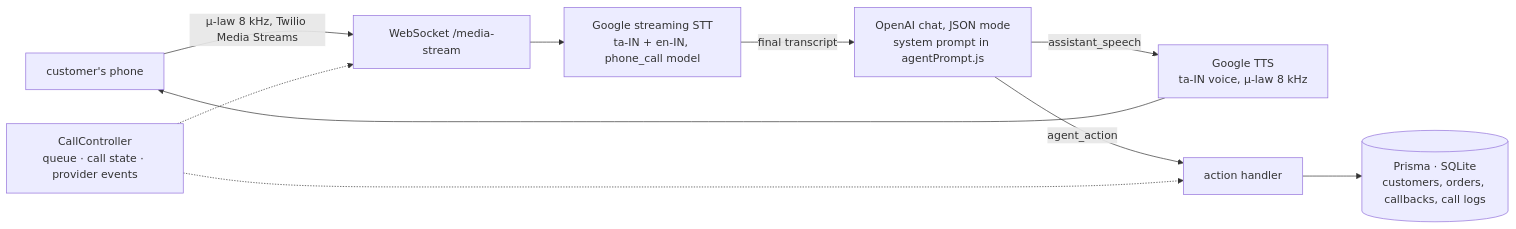
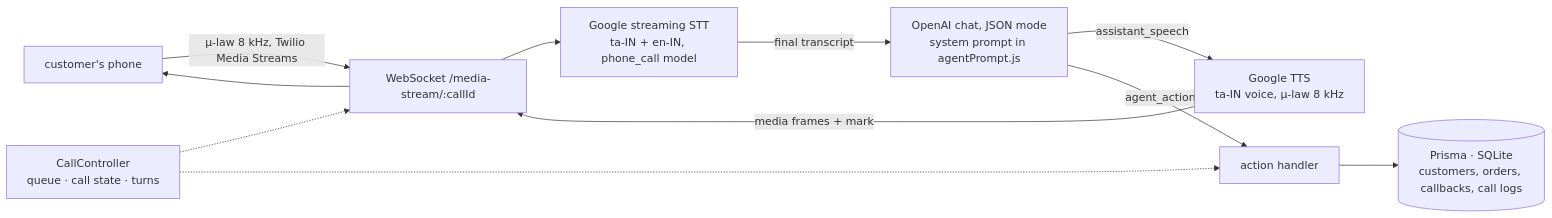
One commit to dakshinsiva/pharma-bot changed the diagram in README.md. Above: the diagram before and after it, drawn with Mermaid. The commit also changed other lines of this file and 1 other file, not shown here.

````diff
--- a/README.md
+++ b/README.md
@@ -35,12 +45,13 @@
 ```mermaid
 flowchart LR
-    P[customer's phone] -->|μ-law 8 kHz, Twilio Media Streams| WS[WebSocket /media-stream]
+    P[customer's phone] -->|μ-law 8 kHz, Twilio Media Streams| WS[WebSocket /media-stream/:callId]
     WS --> STT[Google streaming STT\nta-IN + en-IN, phone_call model]
     STT -->|final transcript| LLM[OpenAI chat, JSON mode\nsystem prompt in agentPrompt.js]
     LLM -->|assistant_speech| TTS[Google TTS\nta-IN voice, μ-law 8 kHz]
     LLM -->|agent_action| ACT[action handler]
     ACT --> DB[(Prisma · SQLite\ncustomers, orders, callbacks, call logs)]
-    TTS --> P
-    CC[CallController\nqueue · call state · provider events] -.-> WS
+    TTS -->|media frames + mark| WS
+    WS --> P
+    CC[CallController\nqueue · call state · turns] -.-> WS
     CC -.-> ACT
 ```
````
